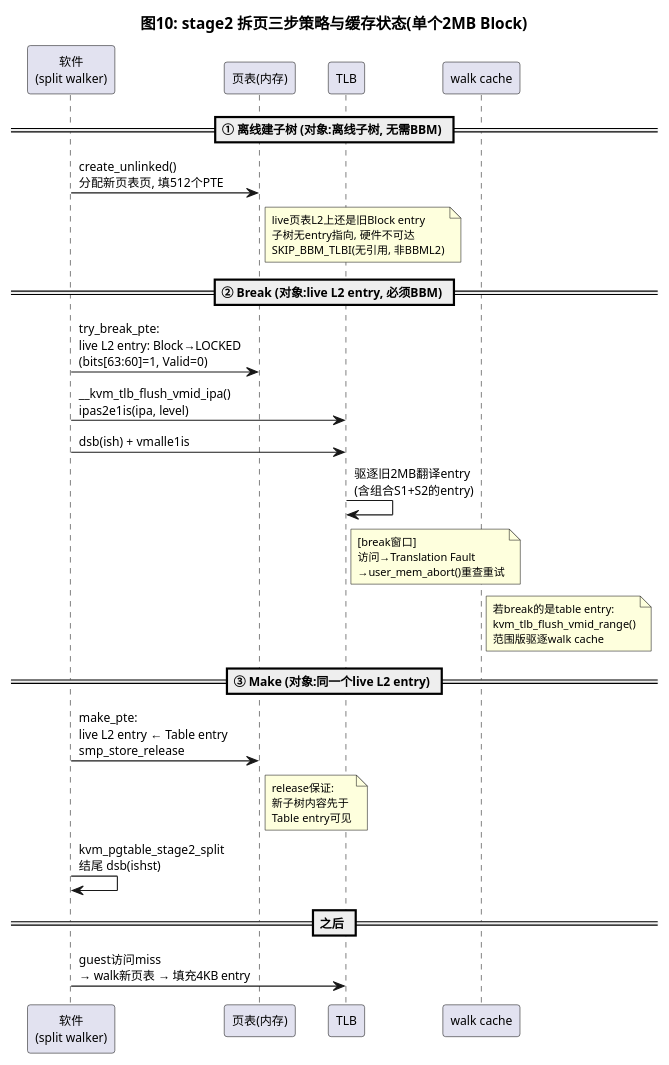
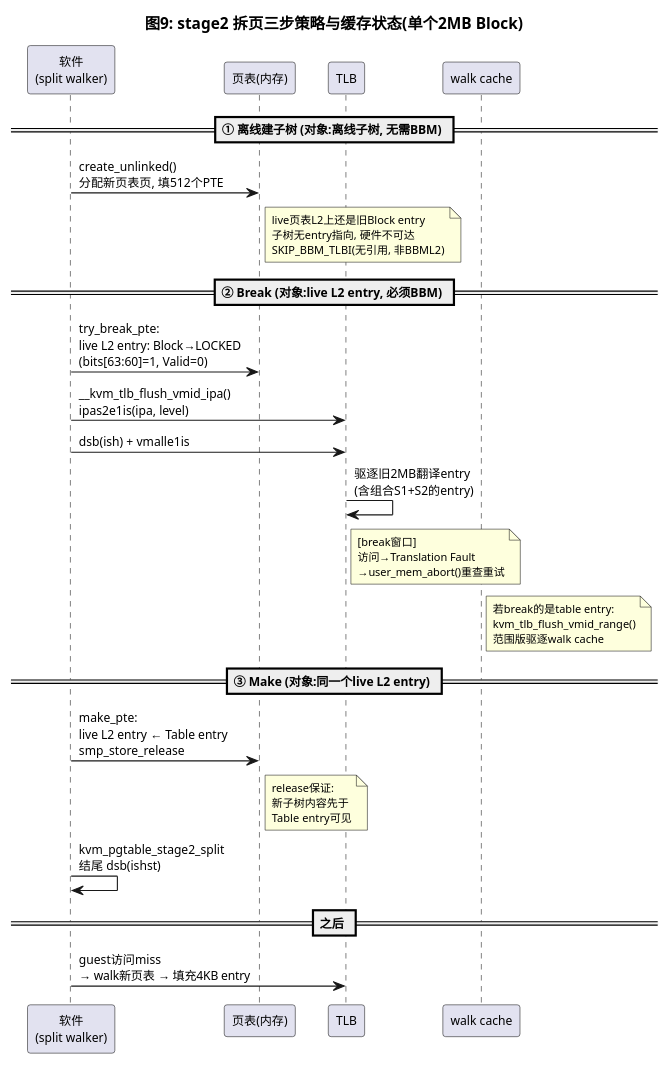
The tenth of 12 diagrams in source/_posts/ARM64-BBML源码分析-BBML0-BBML3.md (AkiraZheng/AkiraZheng.github.io), drawn with PlantUML before and after one commit. The commit also changed other lines of this file and 10 other files, not shown here.

````diff
--- a/source/_posts/ARM64-BBML源码分析-BBML0-BBML3.md
+++ b/source/_posts/ARM64-BBML源码分析-BBML0-BBML3.md
@@ -1279,34 +1331,34 @@
 ```plantuml
 @startuml
 skinparam backgroundColor white
 skinparam defaultFontSize 11
 skinparam noteFontSize 10
 skinparam ParticipantPadding 10
-title 图10: stage2 拆页三步策略与缓存状态(单个2MB Block)
+title 图9: stage2 拆页三步策略与缓存状态(单个2MB Block)
 
 participant "软件\n(split walker)" as SW
 participant "页表(内存)" as PT
 participant "TLB" as TLB
 participant "walk cache" as WC
 
 == ① 离线建子树 (对象:离线子树, 无需BBM) ==
 SW -> PT : create_unlinked()\n分配新页表页, 填512个PTE
 note right of PT : live页表L2上还是旧Block entry\n子树无entry指向, 硬件不可达\nSKIP_BBM_TLBI(无引用, 非BBML2)
 
 == ② Break (对象:live L2 entry, 必须BBM) ==
 SW -> PT : try_break_pte:\nlive L2 entry: Block→LOCKED\n(bits[63:60]=1, Valid=0)
 SW -> TLB : __kvm_tlb_flush_vmid_ipa()\nipas2e1is(ipa, level)
 SW -> TLB : dsb(ish) + vmalle1is
 TLB -> TLB : 驱逐旧2MB翻译entry\n(含组合S1+S2的entry)
 note right of TLB : [break窗口]\n访问→Translation Fault\n→user_mem_abort()重查重试
 note right of WC : 若break的是table entry:\nkvm_tlb_flush_vmid_range()\n范围版驱逐walk cache
 
 == ③ Make (对象:同一个live L2 entry) ==
 SW -> PT : make_pte:\nlive L2 entry ← Table entry\nsmp_store_release
 note right of PT : release保证:\n新子树内容先于\nTable entry可见
 SW -> SW : kvm_pgtable_stage2_split\n结尾 dsb(ishst)
 
 == 之后 ==
 SW -> TLB : guest访问miss\n→ walk新页表 → 填充4KB entry
 @enduml
 ```
````
